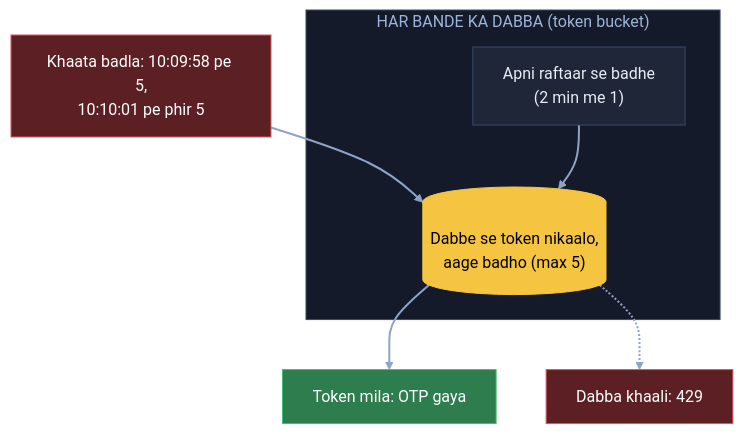
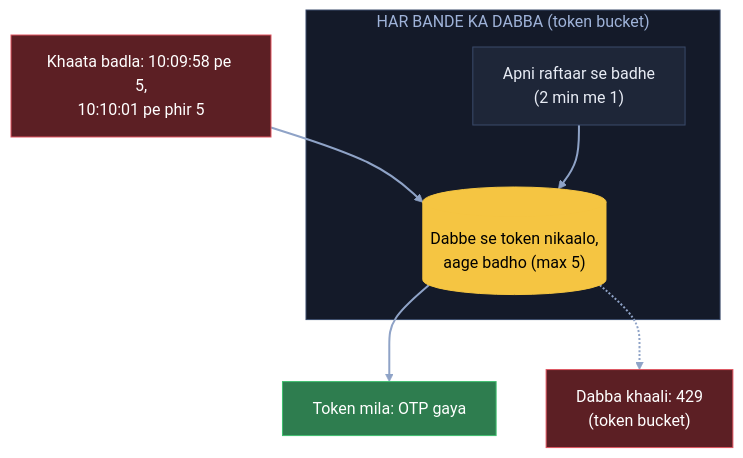
The third of 12 diagrams in 04_HLD/SYSTEM_DESIGNS/02_rate_limiter/02_rate_limiter.md (ArpanMaheshwari144/Prep), drawn with Mermaid before and after one commit. The commit also changed other lines of this file and 22 other files, not shown here.

Commit message:
Diagram: sirf kahani ke dohraaye shabd pe bracket, us jagah notes wala matlab (207 label)

````diff
--- a/04_HLD/SYSTEM_DESIGNS/02_rate_limiter/02_rate_limiter.md
+++ b/04_HLD/SYSTEM_DESIGNS/02_rate_limiter/02_rate_limiter.md
@@ -140,20 +140,20 @@
 ```mermaid
 flowchart TB
     K["Khaata badla: 10:09:58 pe 5,<br/>10:10:01 pe phir 5"]:::bad
     subgraph DB["HAR BANDE KA DABBA (token bucket)"]
         D[("Dabbe se token nikaalo,<br/>aage badho (max 5)")]:::pill
         F["Apni raftaar se badhe<br/>(2 min me 1)"]:::card
     end
     OK["Token mila: OTP gaya"]:::good
-    X["Dabba khaali: 429"]:::bad
+    X["Dabba khaali: 429<br/>(token bucket)"]:::bad
     K --> D
     F --> D
     D --> OK
     D -.-> X
     linkStyle default stroke:#8fa3c7,stroke-width:2px
     classDef card fill:#1e2638,stroke:#3a4a6b,color:#e8ecf5
     classDef pill fill:#f5c542,stroke:#f5c542,color:#000
     classDef good fill:#2e7d4f,stroke:#3fbf6f,color:#fff
     classDef bad fill:#5c1f24,stroke:#e05561,color:#fff
     style DB fill:#141a29,stroke:#3a4a6b,color:#9fb3d9
 ```
````
